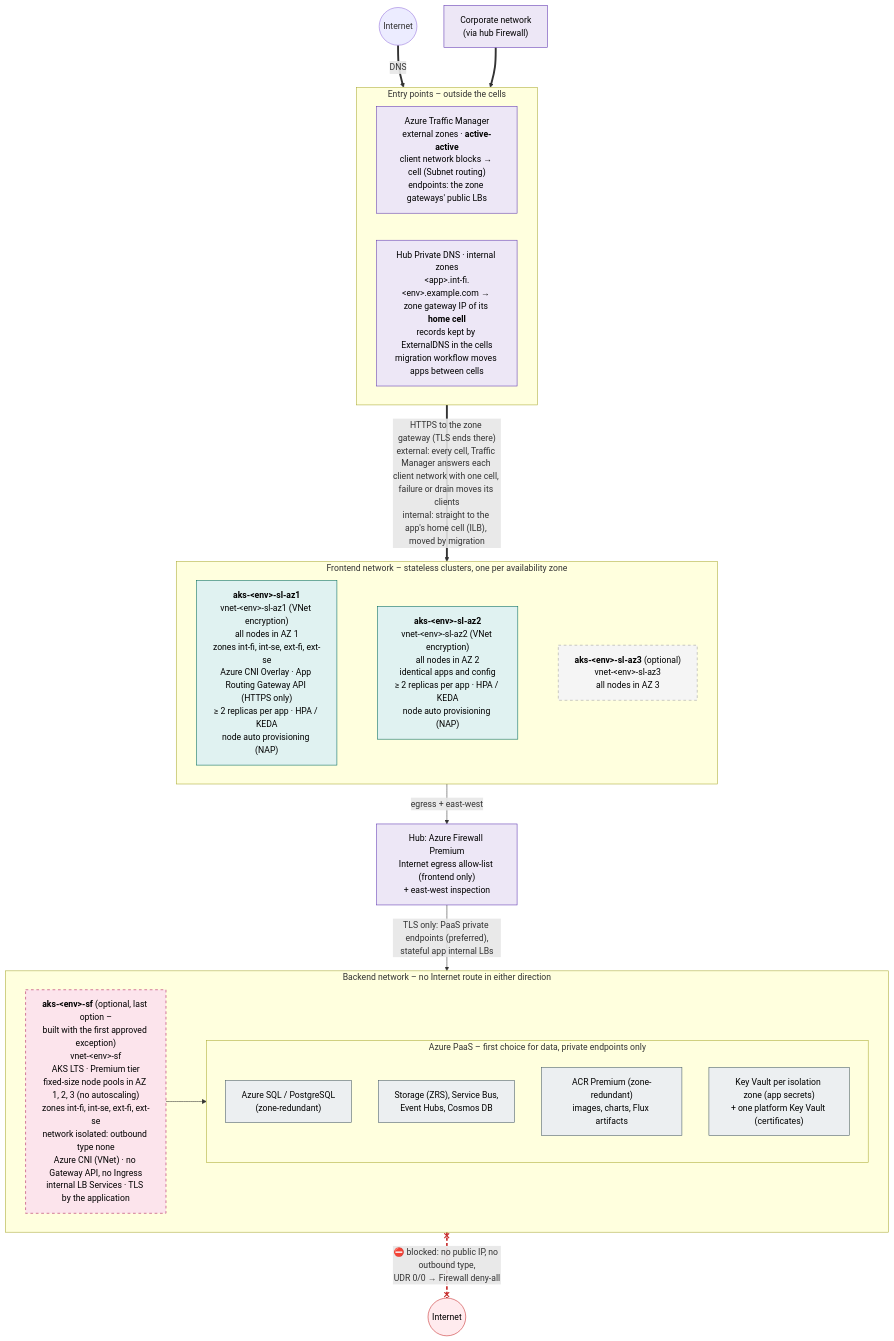
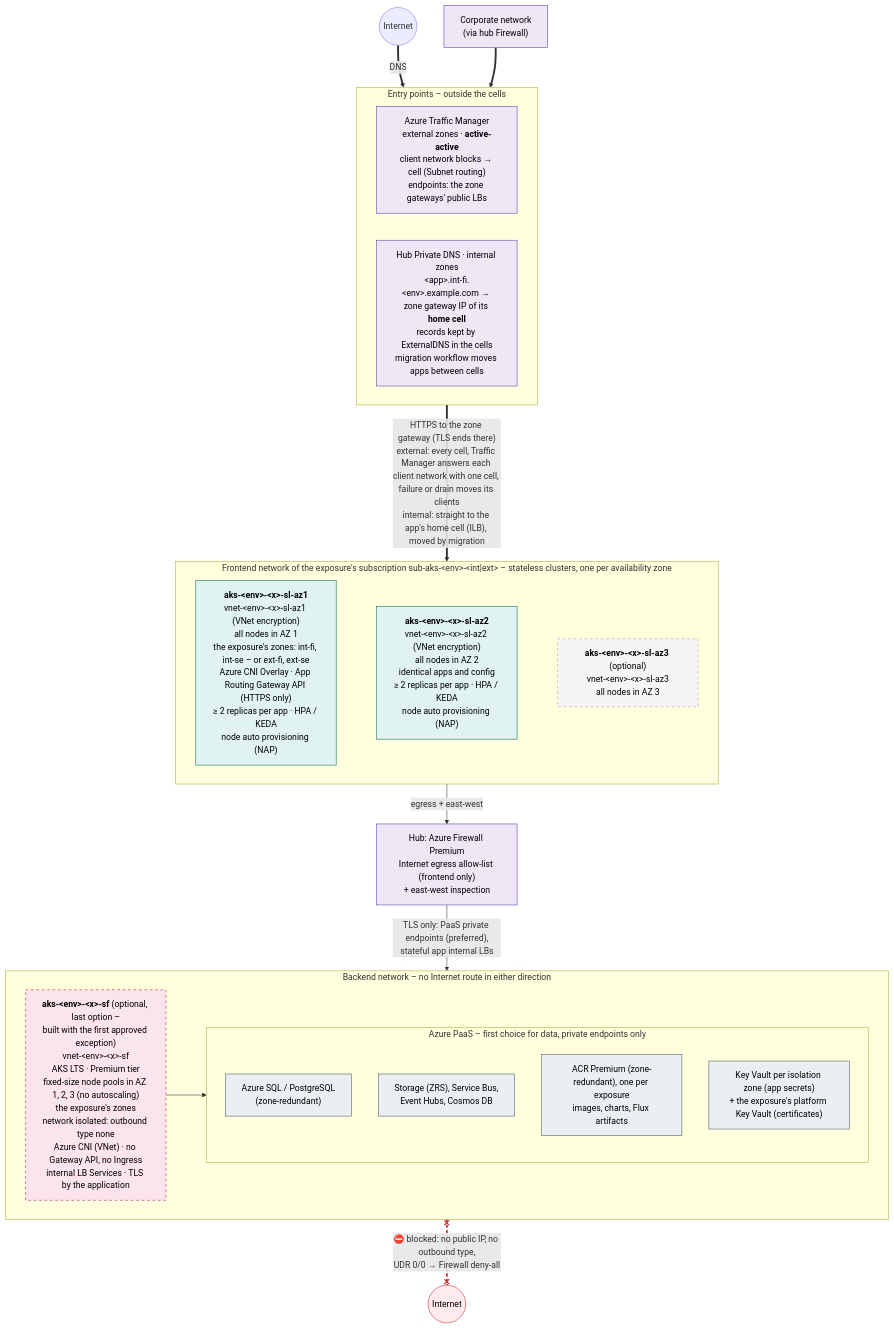
The diagram in diagrams/08-cluster-topology.mmd (onek8s/onek8s.github.io), drawn with Mermaid before and after one commit. The commit also changed 19 other files, not shown here.

First line of the commit message:
Internal and external in separate subscriptions and clusters; countries stay zones (D52) (#36)

```diff
--- a/diagrams/08-cluster-topology.mmd
+++ b/diagrams/08-cluster-topology.mmd
@@ -1,58 +1,59 @@
-%% Cluster topology of ONE environment (dev, acc and prd are identical): zonal stateless clusters in the
+%% Cluster topology of ONE environment and ONE exposure (dev, acc and prd are identical; the internal and the
+%% external exposure are the same picture, each in its own subscription - D52): zonal stateless clusters in the
 %% frontend network, an optional zone-redundant stateful cluster in the backend network next to the Azure PaaS services.
 flowchart TB
     internet(("Internet"))
     corp["Corporate network<br/>(via hub Firewall)"]
 
     subgraph EDGE["Entry points – outside the cells"]
         direction LR
         waf["Azure Traffic Manager<br/>external zones · <b>active-active</b><br/>client network blocks → cell (Subnet routing)<br/>endpoints: the zone gateways' public LBs"]
         agw_in["Hub Private DNS · internal zones<br/>&lt;app&gt;.int-fi.&lt;env&gt;.example.com → zone gateway IP of its <b>home cell</b><br/>records kept by ExternalDNS in the cells<br/>migration workflow moves apps between cells"]
     end
 
-    subgraph FRONT["Frontend network – stateless clusters, one per availability zone"]
+    subgraph FRONT["Frontend network of the exposure's subscription sub-aks-&lt;env&gt;-&lt;int|ext&gt; – stateless clusters, one per availability zone"]
         direction LR
-        sl1["<b>aks-&lt;env&gt;-sl-az1</b><br/>vnet-&lt;env&gt;-sl-az1 (VNet encryption)<br/>all nodes in AZ 1<br/>zones int-fi, int-se, ext-fi, ext-se<br/>Azure CNI Overlay · App Routing Gateway API (HTTPS only)<br/>≥ 2 replicas per app · HPA / KEDA<br/>node auto provisioning (NAP)"]
-        sl2["<b>aks-&lt;env&gt;-sl-az2</b><br/>vnet-&lt;env&gt;-sl-az2 (VNet encryption)<br/>all nodes in AZ 2<br/>identical apps and config<br/>≥ 2 replicas per app · HPA / KEDA<br/>node auto provisioning (NAP)"]
-        sl3["<b>aks-&lt;env&gt;-sl-az3</b> (optional)<br/>vnet-&lt;env&gt;-sl-az3<br/>all nodes in AZ 3"]
+        sl1["<b>aks-&lt;env&gt;-&lt;x&gt;-sl-az1</b><br/>vnet-&lt;env&gt;-&lt;x&gt;-sl-az1 (VNet encryption)<br/>all nodes in AZ 1<br/>the exposure's zones: int-fi, int-se – or ext-fi, ext-se<br/>Azure CNI Overlay · App Routing Gateway API (HTTPS only)<br/>≥ 2 replicas per app · HPA / KEDA<br/>node auto provisioning (NAP)"]
+        sl2["<b>aks-&lt;env&gt;-&lt;x&gt;-sl-az2</b><br/>vnet-&lt;env&gt;-&lt;x&gt;-sl-az2 (VNet encryption)<br/>all nodes in AZ 2<br/>identical apps and config<br/>≥ 2 replicas per app · HPA / KEDA<br/>node auto provisioning (NAP)"]
+        sl3["<b>aks-&lt;env&gt;-&lt;x&gt;-sl-az3</b> (optional)<br/>vnet-&lt;env&gt;-&lt;x&gt;-sl-az3<br/>all nodes in AZ 3"]
         sl1 ~~~ sl2 ~~~ sl3
     end
 
     fw["Hub: Azure Firewall Premium<br/>Internet egress allow-list (frontend only)<br/>+ east-west inspection"]
 
     subgraph BACK["Backend network – no Internet route in either direction"]
         direction LR
-        sf["<b>aks-&lt;env&gt;-sf</b> (optional, last option –<br/>built with the first approved exception)<br/>vnet-&lt;env&gt;-sf<br/>AKS LTS · Premium tier<br/>fixed-size node pools in AZ 1, 2, 3 (no autoscaling)<br/>zones int-fi, int-se, ext-fi, ext-se<br/>network isolated: outbound type none<br/>Azure CNI (VNet) · no Gateway API, no Ingress<br/>internal LB Services · TLS by the application"]
+        sf["<b>aks-&lt;env&gt;-&lt;x&gt;-sf</b> (optional, last option –<br/>built with the first approved exception)<br/>vnet-&lt;env&gt;-&lt;x&gt;-sf<br/>AKS LTS · Premium tier<br/>fixed-size node pools in AZ 1, 2, 3 (no autoscaling)<br/>the exposure's zones<br/>network isolated: outbound type none<br/>Azure CNI (VNet) · no Gateway API, no Ingress<br/>internal LB Services · TLS by the application"]
         subgraph PAAS["Azure PaaS – first choice for data, private endpoints only"]
             direction TB
             db["Azure SQL / PostgreSQL<br/>(zone-redundant)"]
             st["Storage (ZRS), Service Bus,<br/>Event Hubs, Cosmos DB"]
-            acr["ACR Premium (zone-redundant)<br/>images, charts, Flux artifacts"]
-            kv["Key Vault per isolation zone (app secrets)<br/>+ one platform Key Vault (certificates)"]
+            acr["ACR Premium (zone-redundant), one per exposure<br/>images, charts, Flux artifacts"]
+            kv["Key Vault per isolation zone (app secrets)<br/>+ the exposure's platform Key Vault (certificates)"]
         end
     end
 
     blocked(("Internet"))
 
     internet ==>|"DNS"| waf
     corp ==> agw_in
     EDGE ==>|"HTTPS to the zone gateway (TLS ends there)<br/>external: every cell, Traffic Manager answers each client network with one cell, failure or drain moves its clients<br/>internal: straight to the app's home cell (ILB), moved by migration"| FRONT
     FRONT -->|"egress + east-west"| fw
     fw -->|"TLS only: PaaS private endpoints (preferred),<br/>stateful app internal LBs"| BACK
     sf --> PAAS
     BACK x-.-x|"⛔ blocked: no public IP, no outbound type,<br/>UDR 0/0 → Firewall deny-all"| blocked
 
     linkStyle 8 stroke:#c62828,stroke-width:3px,stroke-dasharray:6 4
 
     classDef hub fill:#ede7f6,stroke:#5e35b1,color:#000
     classDef sl fill:#e0f2f1,stroke:#00695c,color:#000
     classDef sf fill:#fce4ec,stroke:#ad1457,color:#000,stroke-dasharray: 5 5
     classDef paas fill:#eceff1,stroke:#455a64,color:#000
     classDef opt fill:#f5f5f5,stroke:#9e9e9e,color:#000,stroke-dasharray: 5 5
     classDef off fill:#ffebee,stroke:#c62828,color:#000
     class fw,waf,agw_in,corp hub
     class sl1,sl2 sl
     class sl3 opt
     class sf sf
     class db,st,acr,kv paas
     class blocked off
```
